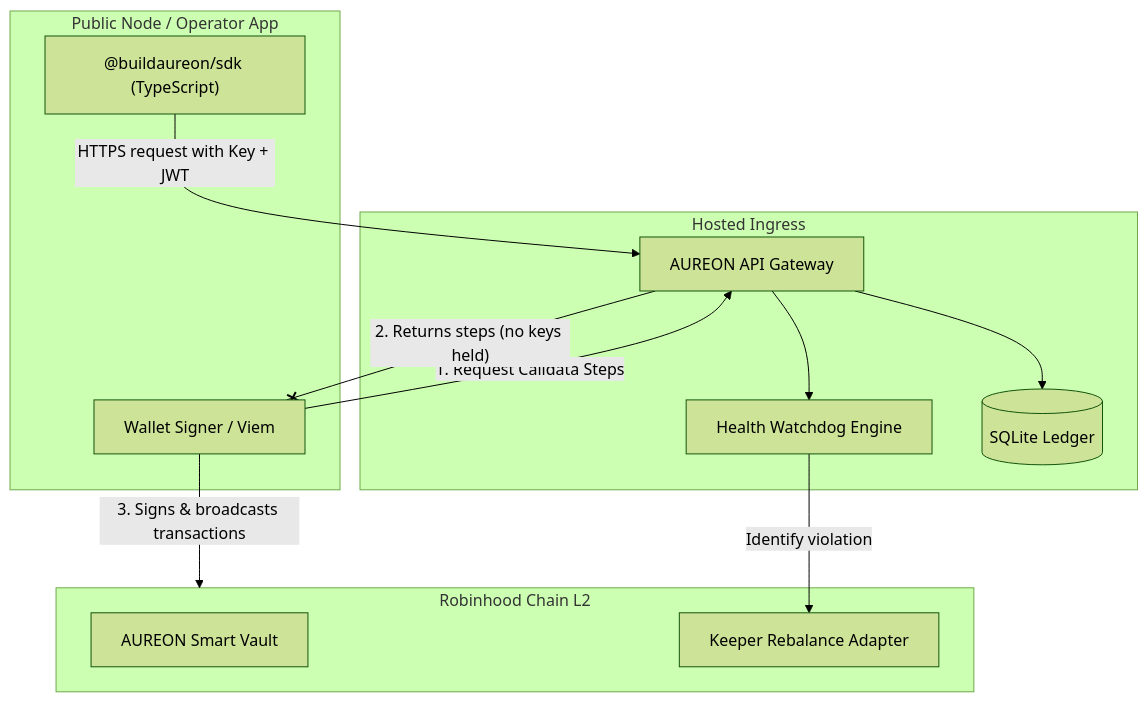
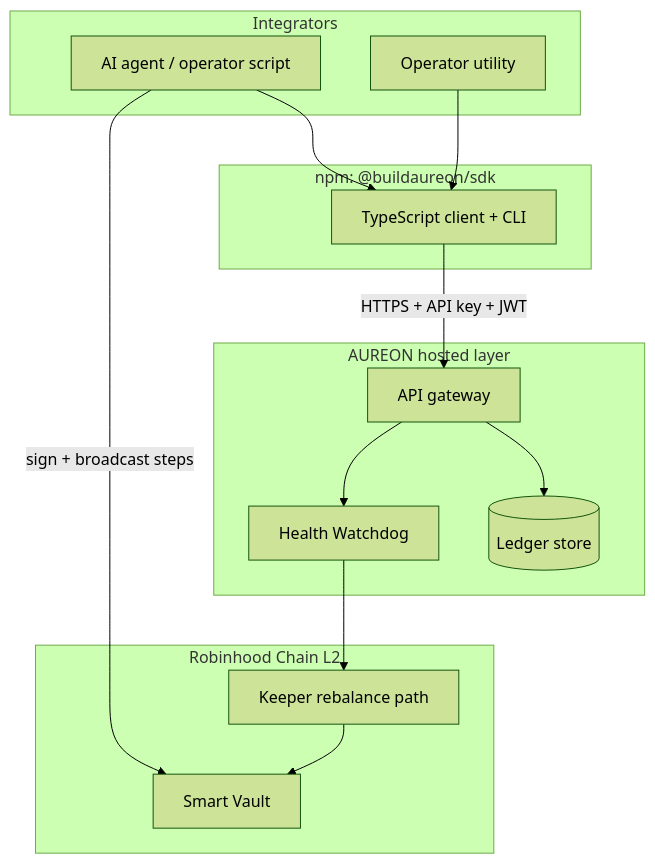
One commit to buildaureon/aureon-sdk changed the second of 5 diagrams in README.md. Above: the diagram before and after it, drawn with Mermaid (forest theme). The commit also changed other lines of this file, not shown here.

Commit message:
docs: rewrite README with architecture diagrams and ecosystem overview

````diff
--- a/README.md
+++ b/README.md
@@ -76,24 +130,27 @@
 ```mermaid
-flowchart TD
-  subgraph Public [Public Node / Operator App]
-    SDK["@buildaureon/sdk (TypeScript)"]
-    Signer[Wallet Signer / Viem]
+flowchart TB
+  subgraph clients["Integrators"]
+    Agent[AI agent / operator script]
+    Utility[Operator utility]
   end
-  subgraph Cloud [Hosted Ingress]
-    API[AUREON API Gateway]
-    Watchdog[Health Watchdog Engine]
-    DB[(SQLite Ledger)]
+  subgraph npm_pkg["npm: @buildaureon/sdk"]
+    SDK[TypeScript client + CLI]
   end
-  subgraph EVM [Robinhood Chain L2]
-    Vault[AUREON Smart Vault]
-    Keeper[Keeper Rebalance Adapter]
+  subgraph hosted["AUREON hosted layer"]
+    API[API gateway]
+    Watchdog[Health Watchdog]
+    Ledger[(Ledger store)]
   end
-
-  SDK -->|"HTTPS request with Key + JWT"| API
+  subgraph chain["Robinhood Chain L2"]
+    Vault[Smart Vault]
+    Keeper[Keeper rebalance path]
+  end
+  Agent --> SDK
+  Utility --> SDK
+  SDK -->|HTTPS + API key + JWT| API
   API --> Watchdog
-  API --> DB
-  Watchdog -->|"Identify violation"| Keeper
-  Signer -->|"1. Request Calldata Steps"| API
-  API --x|"2. Returns steps (no keys held)"| Signer
-  Signer -->|"3. Signs & broadcasts transactions"| EVM
+  API --> Ledger
+  Watchdog --> Keeper
+  Agent -->|sign + broadcast steps| Vault
+  Keeper --> Vault
 ```
````
